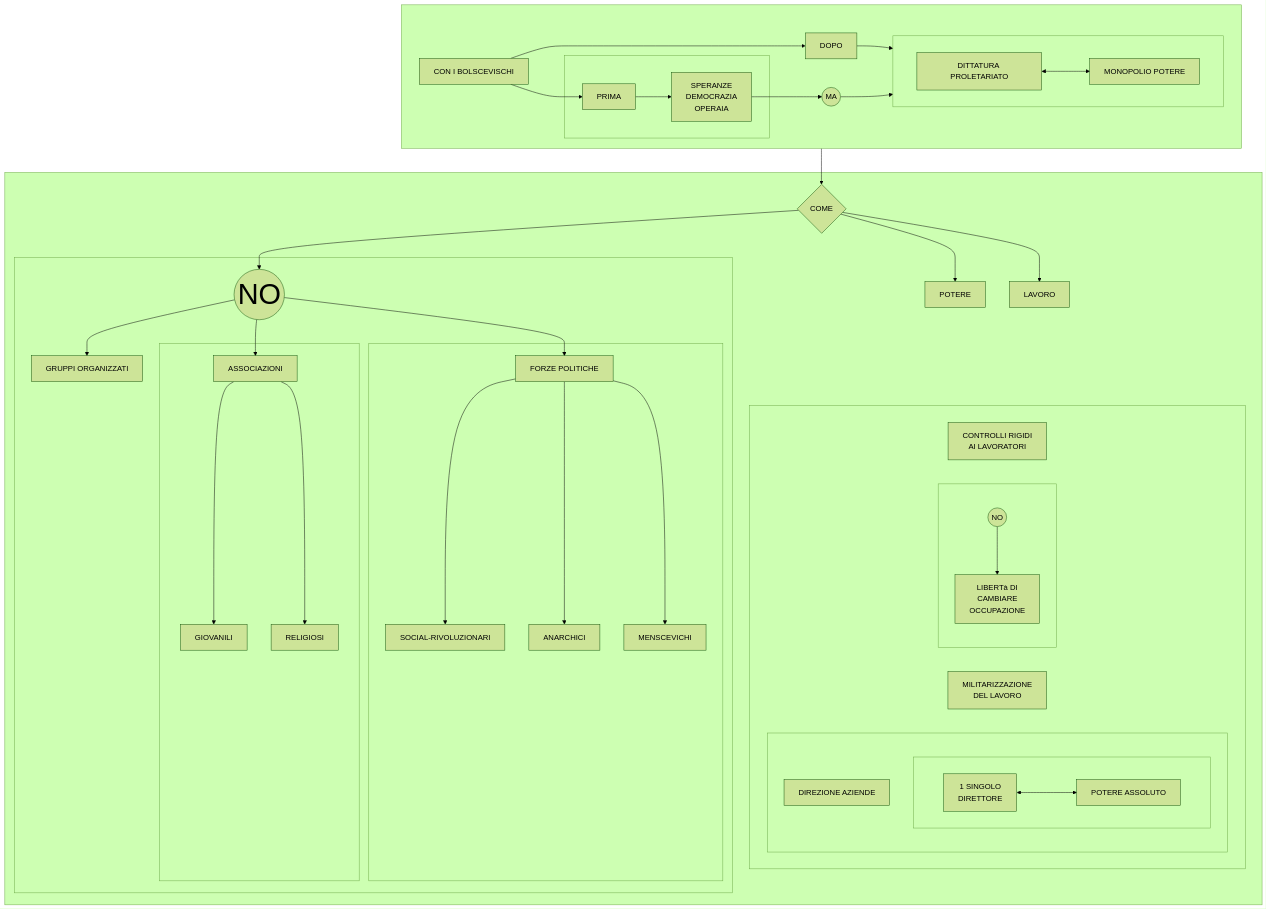
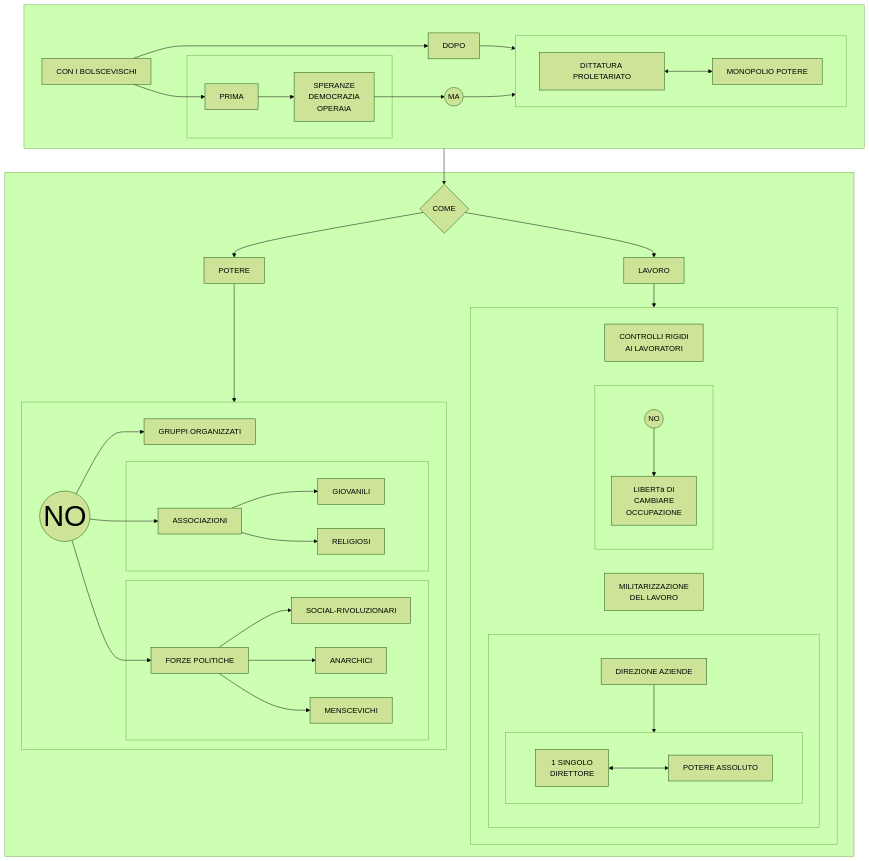
The diagram in prova.md (Laaouatni/ricerca-storia-MermaidJS), drawn with Mermaid (forest theme) before and after one commit.

````diff
--- a/prova.md
+++ b/prova.md
@@ -1,65 +1,67 @@
 ```mermaid
 flowchart TB
   subgraph 42[" "]
     0[CON I BOLSCEVISCHI]
     subgraph 3[" "]
       1[PRIMA]
       10[SPERANZE <br> DEMOCRAZIA <br> OPERAIA]
       1 --> 10
     end
     2[DOPO]
     0 --> 1 & 2
     subgraph 4[" "]
       40[DITTATURA PROLETARIATO]
       400[MONOPOLIO POTERE]
       40 <--> 400
     end
     2 --> 4
     41((MA))
     10 --> 41 --> 4
   end
   5{COME}
   42 --> 5
   subgraph 7[" "]
     69[POTERE]
     89[LAVORO]
     5 --> 69 & 89
+    69 --> 6
+    89 --> 8
     subgraph 6[" "]
       60((NO))
       style 60 font-size: 60px;
       61[GRUPPI ORGANIZZATI]
       subgraph 64[" "]
         62[ASSOCIAZIONI]
         620[GIOVANILI]
         621[RELIGIOSI]
       end
       subgraph 65[" "]
         63[FORZE POLITICHE]
         630[SOCIAL-RIVOLUZIONARI]
         631[ANARCHICI]
         632[MENSCEVICHI]
       end
       60 --> 61 & 62 & 63
       63 --> 630 & 631 & 632
       62 --> 620 & 621
     end
     subgraph 8[" "]
       80[CONTROLLI RIGIDI <br> AI LAVORATORI]
       subgraph 81[" "]
         810((NO))
         8100[LIBERTà DI <br> CAMBIARE <br> OCCUPAZIONE]
         810 --> 8100
       end
       82[MILITARIZZAZIONE <br> DEL LAVORO]
       subgraph 83[" "]
         830[DIREZIONE AZIENDE]
         subgraph 831[" "]
           832[1 SINGOLO <br> DIRETTORE]
           833[POTERE ASSOLUTO]
           832 <--> 833
         end
+        830 --> 831
       end
     end
   end
-  5 --> 60
 ```
````
